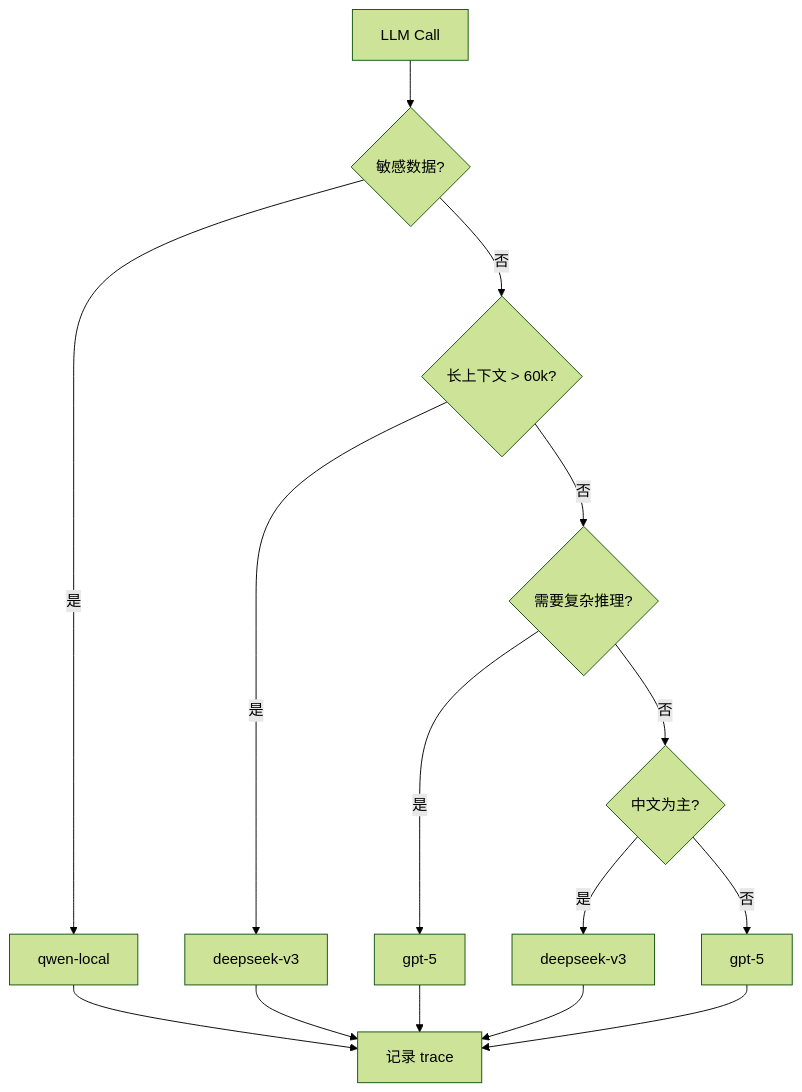
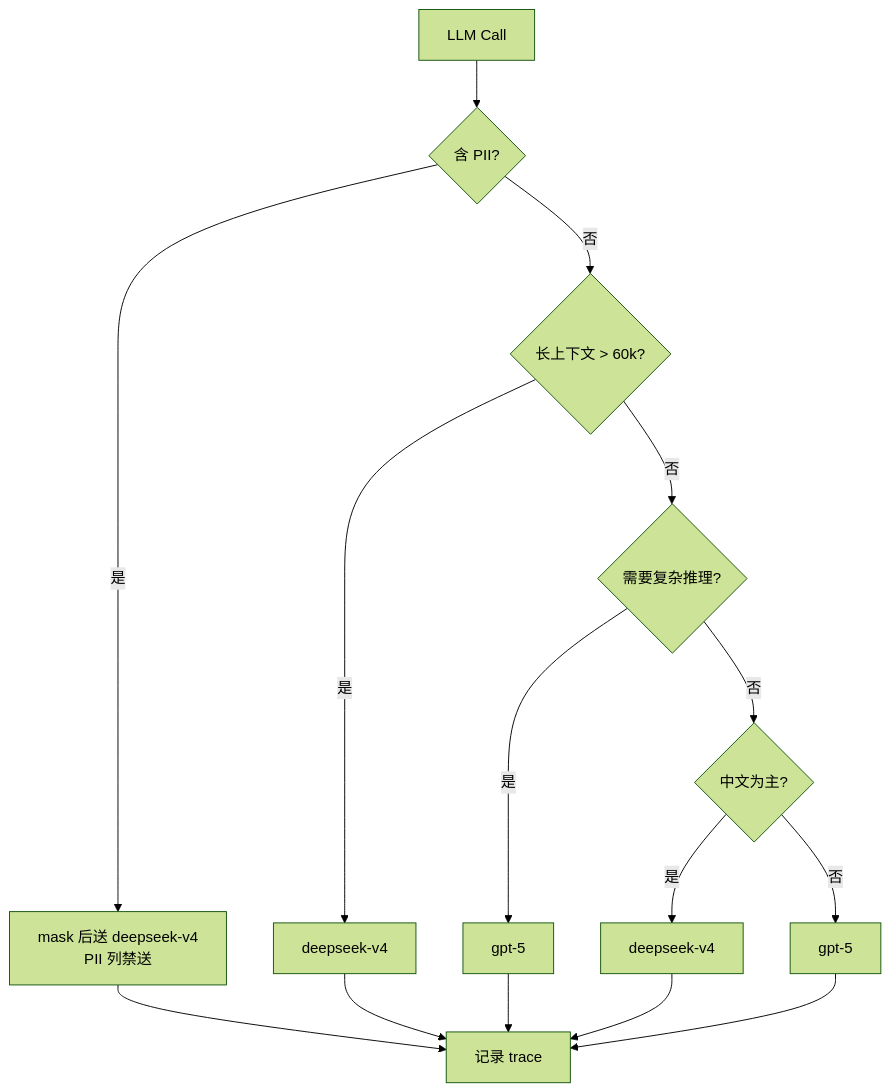
The diagram in docs/design/llm-router.md (gavenlv/idm), drawn with Mermaid (forest theme) before and after one commit. The commit also changed other lines of this file and 140 other files, not shown here.

````diff
--- a/docs/design/llm-router.md
+++ b/docs/design/llm-router.md
@@ -54,17 +56,17 @@
 ```mermaid
 flowchart TD
-    A[LLM Call] --> B{敏感数据?}
-    B -- 是 --> C[qwen-local]
+    A[LLM Call] --> B{含 PII?}
+    B -- 是 --> C[mask 后送 deepseek-v4<br/>PII 列禁送]
     B -- 否 --> D{长上下文 > 60k?}
-    D -- 是 --> E[deepseek-v3]
+    D -- 是 --> E[deepseek-v4]
     D -- 否 --> F{需要复杂推理?}
     F -- 是 --> G[gpt-5]
     F -- 否 --> H{中文为主?}
-    H -- 是 --> I[deepseek-v3]
+    H -- 是 --> I[deepseek-v4]
     H -- 否 --> J[gpt-5]
     C --> K[记录 trace]
     E --> K
     G --> K
     I --> K
     J --> K
 ```
````
